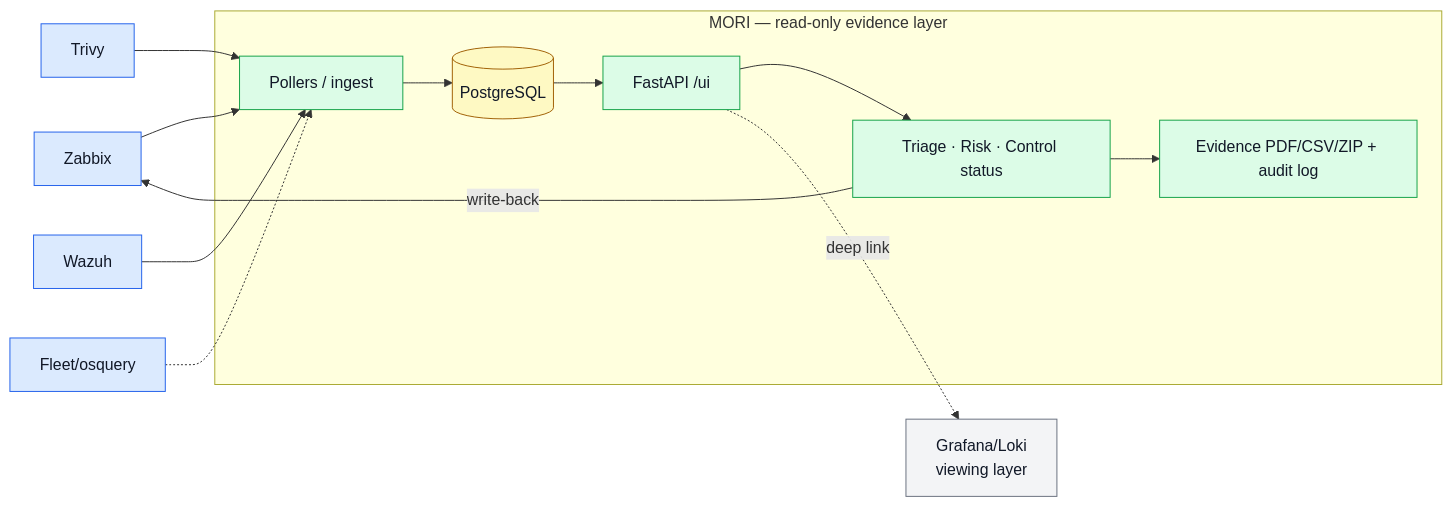
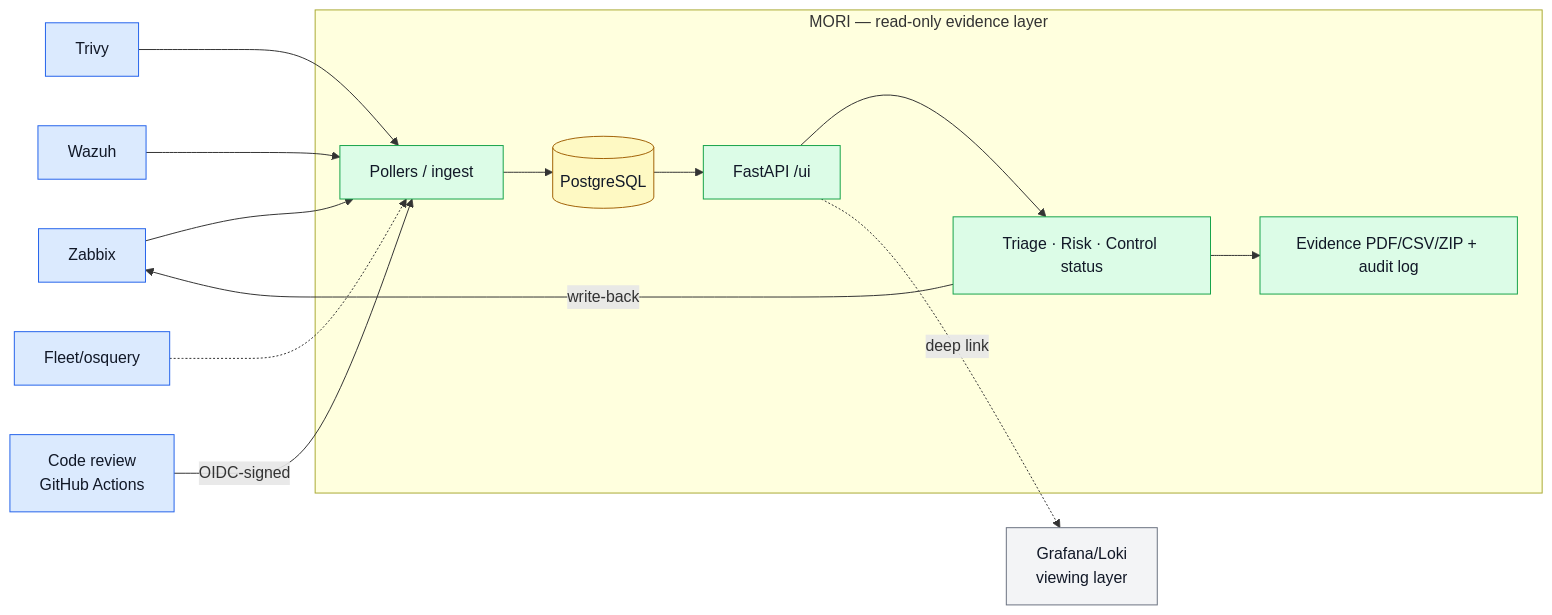
Before and after one commit to saranf/mori-soc: the diagram in README.md, drawn with Mermaid. The commit also changed other lines of this file and 2 other files, not shown here.

First line of the commit message:
docs(code-review): README(한/영)에 코드 보안 리뷰 증적 소스 반영 + 정본 문서 추가

````diff
--- a/README.md
+++ b/README.md
@@ -47,17 +47,18 @@
 ```mermaid
 flowchart LR
     ZBX[Zabbix]:::s --> POLL
     TRV[Trivy]:::s --> POLL
     WZ[Wazuh]:::s --> POLL
     FLEET[Fleet/osquery]:::s -.-> POLL
+    CR[Code review<br/>GitHub Actions]:::s -->|OIDC-signed| POLL
     subgraph MORI["MORI — read-only evidence layer"]
         POLL[Pollers / ingest]:::m --> DB[(PostgreSQL)]:::db --> API[FastAPI /ui]:::m
         API --> J[Triage · Risk · Control status]:::m --> E[Evidence PDF/CSV/ZIP + audit log]:::m
     end
     API -.->|deep link| GRAF[Grafana/Loki<br/>viewing layer]:::v
     J -->|write-back| ZBX
     classDef s fill:#dbeafe,stroke:#2563eb,color:#111827
     classDef m fill:#dcfce7,stroke:#16a34a,color:#111827
     classDef db fill:#fef9c3,stroke:#a16207,color:#111827
     classDef v fill:#f3f4f6,stroke:#6b7280,color:#111827
 ```
````
